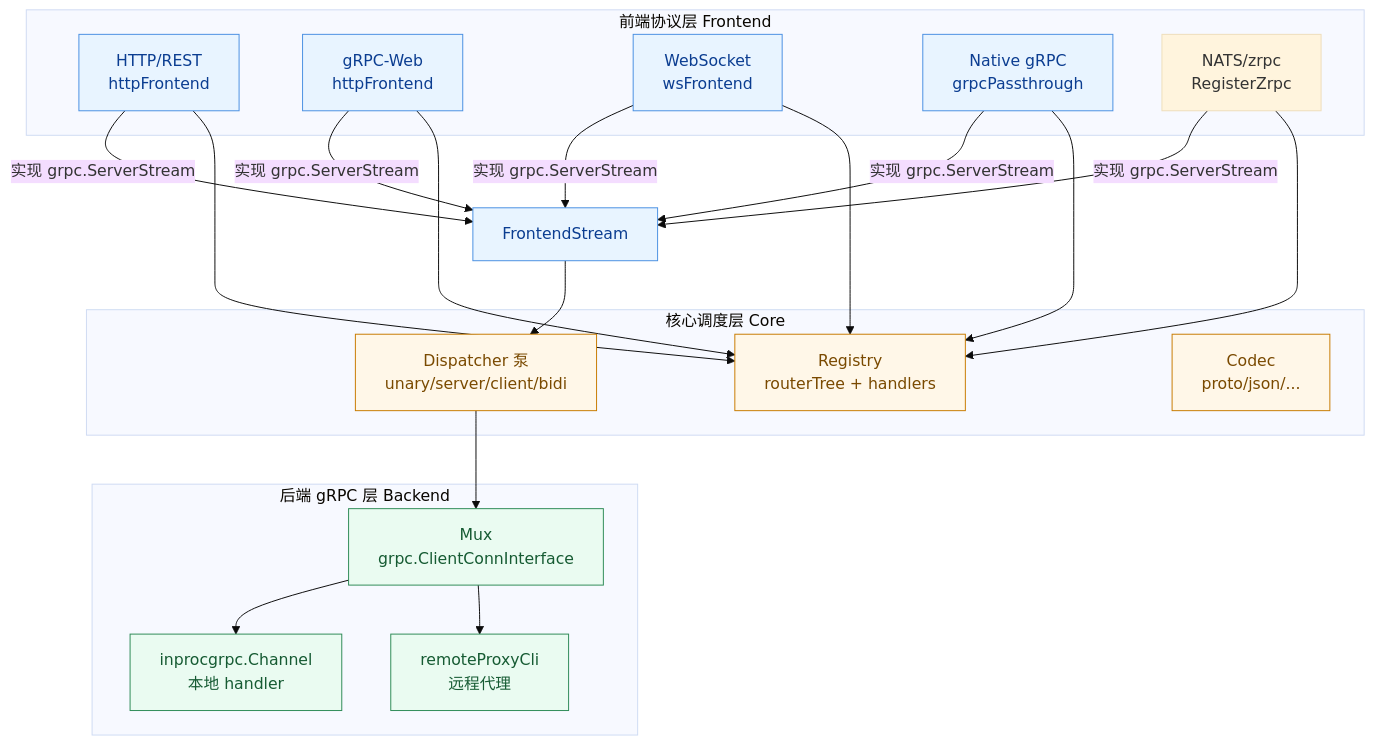
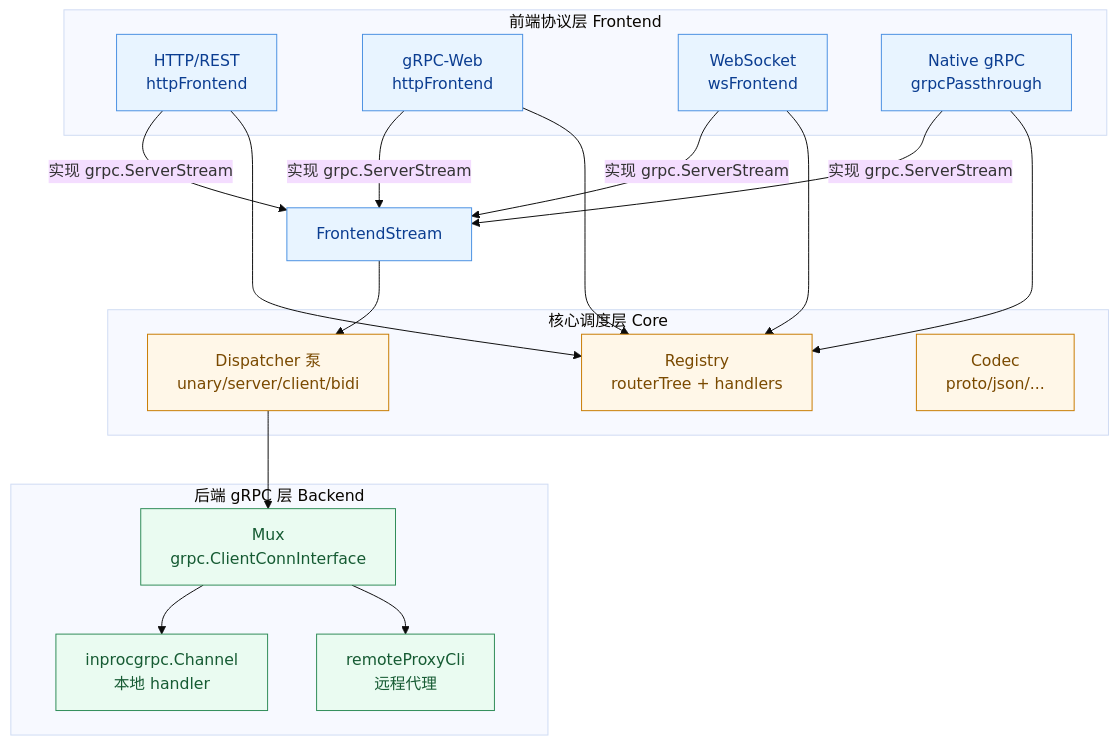
One commit to pubgo/lava changed the first of 7 diagrams in pkg/gateway/docs/architecture.md. Above: the diagram before and after it, drawn with Mermaid (base theme). The commit also changed other lines of this file and 25 other files, not shown here.

````diff
--- a/pkg/gateway/docs/architecture.md
+++ b/pkg/gateway/docs/architecture.md
@@ -19,36 +19,35 @@
 ```mermaid
 flowchart TB
     subgraph FE[前端协议层 Frontend]
         F1[HTTP/REST<br/>httpFrontend]
         F2[gRPC-Web<br/>httpFrontend]
         F3[WebSocket<br/>wsFrontend]
         F4[Native gRPC<br/>grpcPassthrough]
-        F5[NATS/zrpc<br/>RegisterZrpc]
     end
 
     subgraph CORE[核心调度层 Core]
         REG[Registry<br/>routerTree + handlers]
         PUMP[Dispatcher 泵<br/>unary/server/client/bidi]
         CODEC[Codec<br/>proto/json/...]
     end
 
     subgraph BE[后端 gRPC 层 Backend]
         INV["Mux<br/>grpc.ClientConnInterface"]
         INPROC[inprocgrpc.Channel<br/>本地 handler]
         PROXY[remoteProxyCli<br/>远程代理]
     end
 
-    F1 & F2 & F3 & F4 & F5 -->|实现 grpc.ServerStream| SS[FrontendStream]
-    F1 & F2 & F3 & F4 & F5 --> REG
+    F1 & F2 & F3 & F4 -->|实现 grpc.ServerStream| SS[FrontendStream]
+    F1 & F2 & F3 & F4 --> REG
     SS --> PUMP
     PUMP --> INV
     INV --> INPROC
     INV --> PROXY
 
     classDef fe fill:#E8F4FF,stroke:#4A90E2,color:#0B3D91;
     classDef core fill:#FFF7E8,stroke:#C87B00,color:#7A4A00;
     classDef be fill:#EAFBF1,stroke:#2E8B57,color:#165B33;
     class F1,F2,F3,F4,SS fe;
     class REG,PUMP,CODEC core;
     class INV,INPROC,PROXY be;
 ```
````
